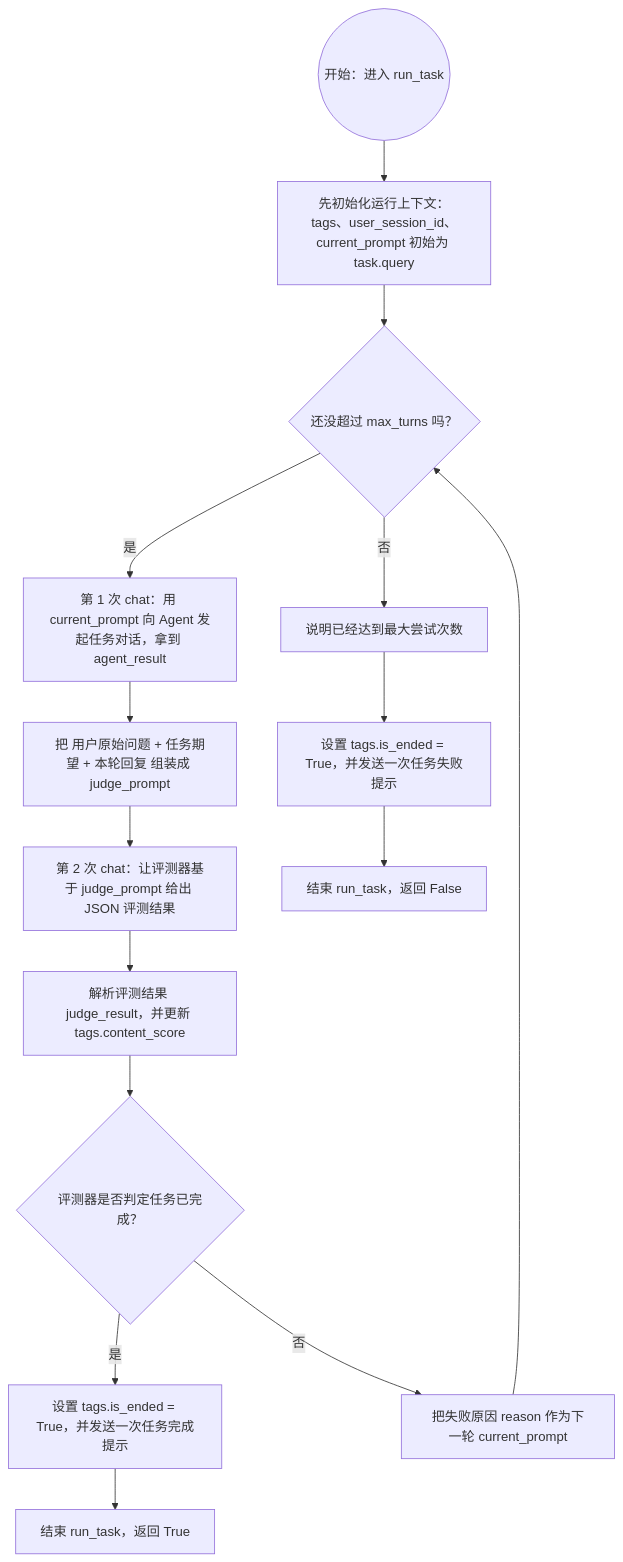
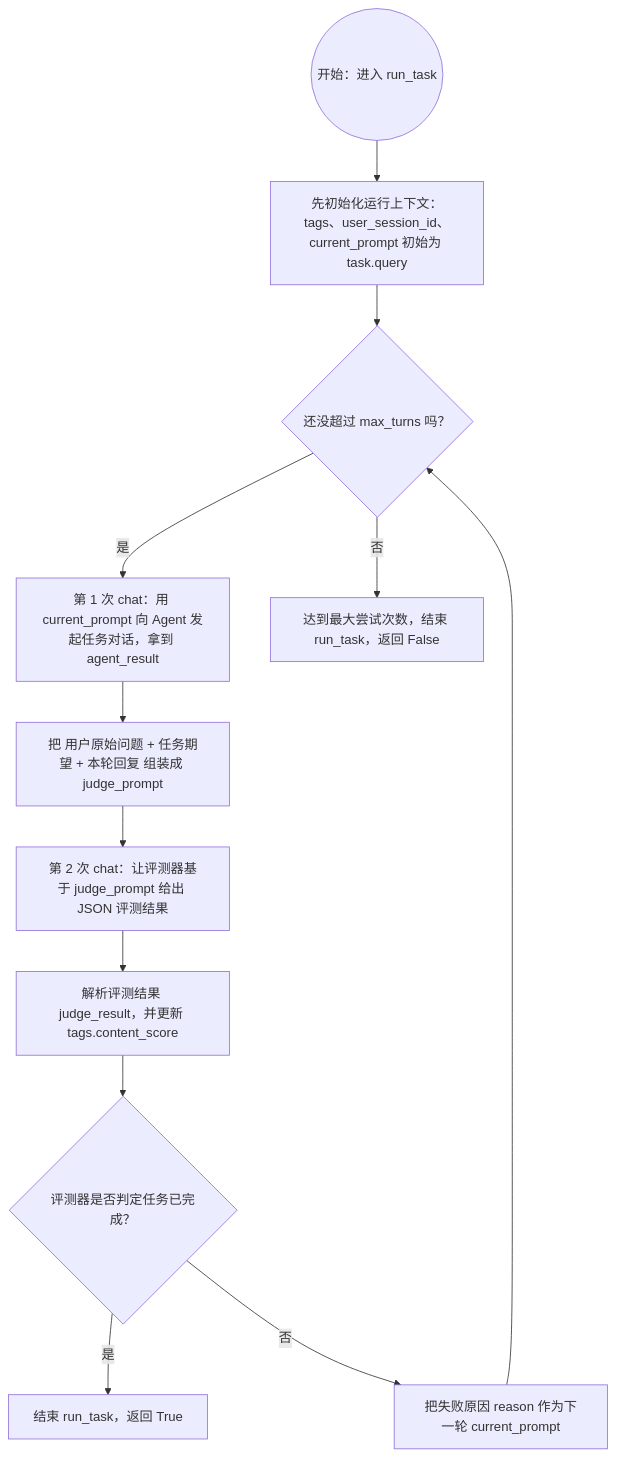
The first of 2 diagrams in README.md (FeiZhuNiU-INFJA/LIFT), drawn with Mermaid before and after one commit. The commit also changed other lines of this file and 24 other files, not shown here.

````diff
--- a/README.md
+++ b/README.md
@@ -105,17 +164,14 @@
 ```mermaid
 flowchart TD
     A((开始：进入 run_task)) --> A1[先初始化运行上下文：tags、user_session_id、current_prompt 初始为 task.query]
     A1 --> B{还没超过 max_turns 吗？}
     B -->|是| C[第 1 次 chat：用 current_prompt 向 Agent 发起任务对话，拿到 agent_result]
     C --> D[把 用户原始问题 + 任务期望 + 本轮回复 组装成 judge_prompt]
     D --> E[第 2 次 chat：让评测器基于 judge_prompt 给出 JSON 评测结果]
     E --> F[解析评测结果 judge_result，并更新 tags.content_score]
     F --> H{评测器是否判定任务已完成？}
-    H -->|是| I[设置 tags.is_ended = True，并发送一次任务完成提示]
-    I --> K[结束 run_task，返回 True]
+    H -->|是| K[结束 run_task，返回 True]
     H -->|否| L[把失败原因 reason 作为下一轮 current_prompt]
     L --> B
-    B -->|否| M[说明已经达到最大尝试次数]
-    M --> N[设置 tags.is_ended = True，并发送一次任务失败提示]
-    N --> O[结束 run_task，返回 False]
+    B -->|否| O[达到最大尝试次数，结束 run_task，返回 False]
 ```
````
